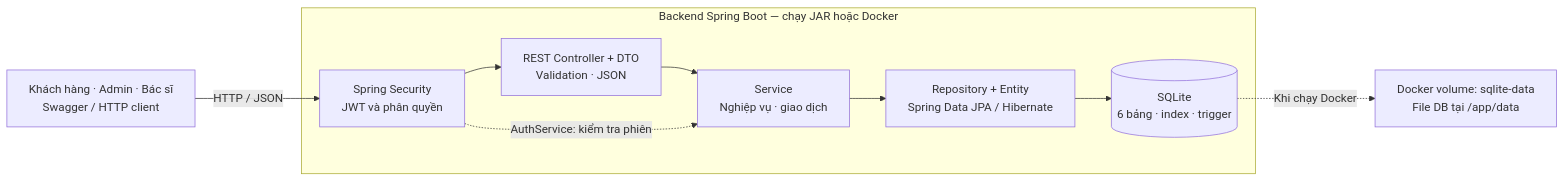
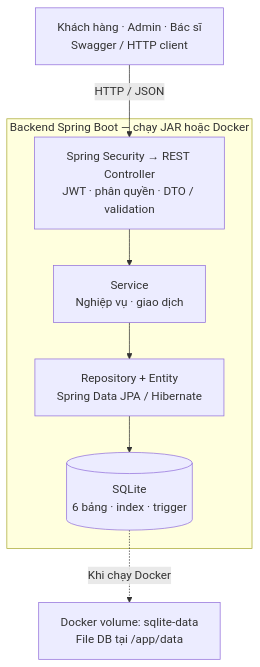
One commit to FlowBoat123/KTPM-BTL changed the diagram in README.md. Above: the diagram before and after it, drawn with Mermaid.

Commit message:
docs: improve architecture diagram readability

````diff
--- a/README.md
+++ b/README.md
@@ -33,16 +33,14 @@
 ```mermaid
-flowchart LR
+flowchart TB
     Client["Khách hàng · Admin · Bác sĩ<br/>Swagger / HTTP client"]
     subgraph Backend["Backend Spring Boot — chạy JAR hoặc Docker"]
-        Security["Spring Security<br/>JWT và phân quyền"]
-        Controller["REST Controller + DTO<br/>Validation · JSON"]
+        API["Spring Security → REST Controller<br/>JWT · phân quyền · DTO / validation"]
         Service["Service<br/>Nghiệp vụ · giao dịch"]
         Repository["Repository + Entity<br/>Spring Data JPA / Hibernate"]
         Database[("SQLite<br/>6 bảng · index · trigger")]
-        Security --> Controller --> Service --> Repository --> Database
-        Security -. "AuthService: kiểm tra phiên" .-> Service
+        API --> Service --> Repository --> Database
     end
     Volume["Docker volume: sqlite-data<br/>File DB tại /app/data"]
-    Client -->|HTTP / JSON| Security
+    Client -->|HTTP / JSON| API
     Database -. "Khi chạy Docker" .-> Volume
 ```
````
